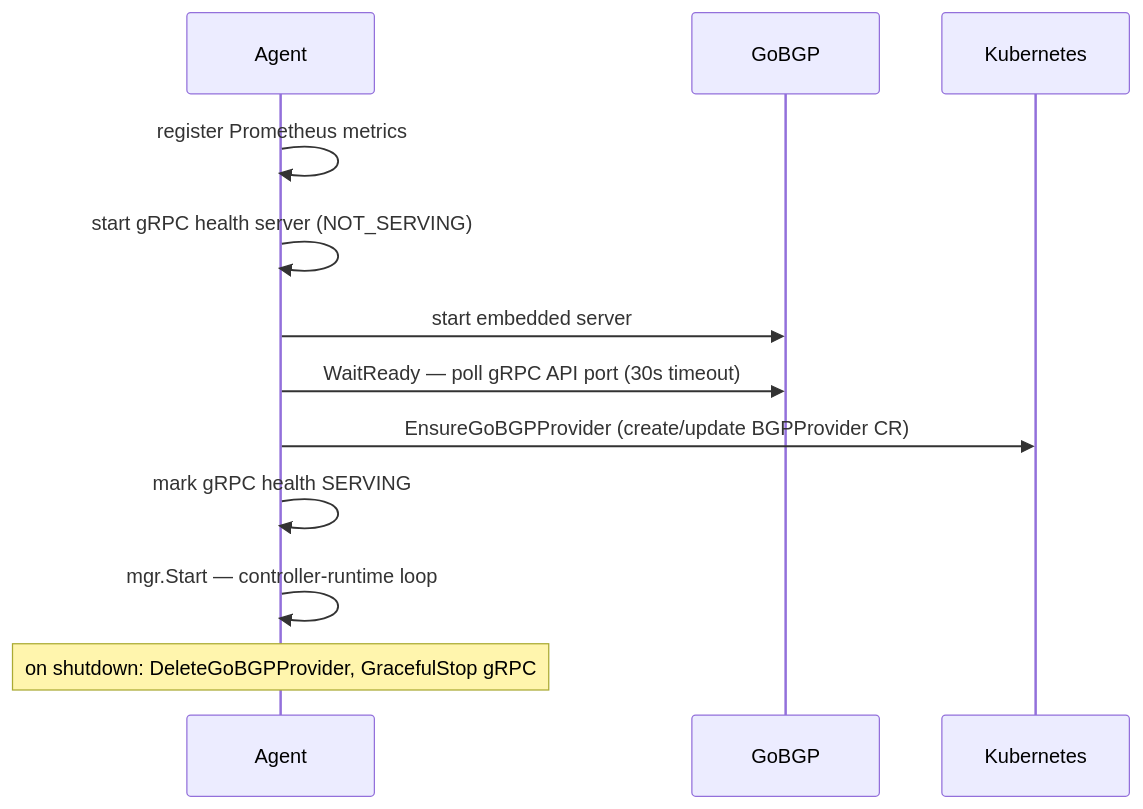
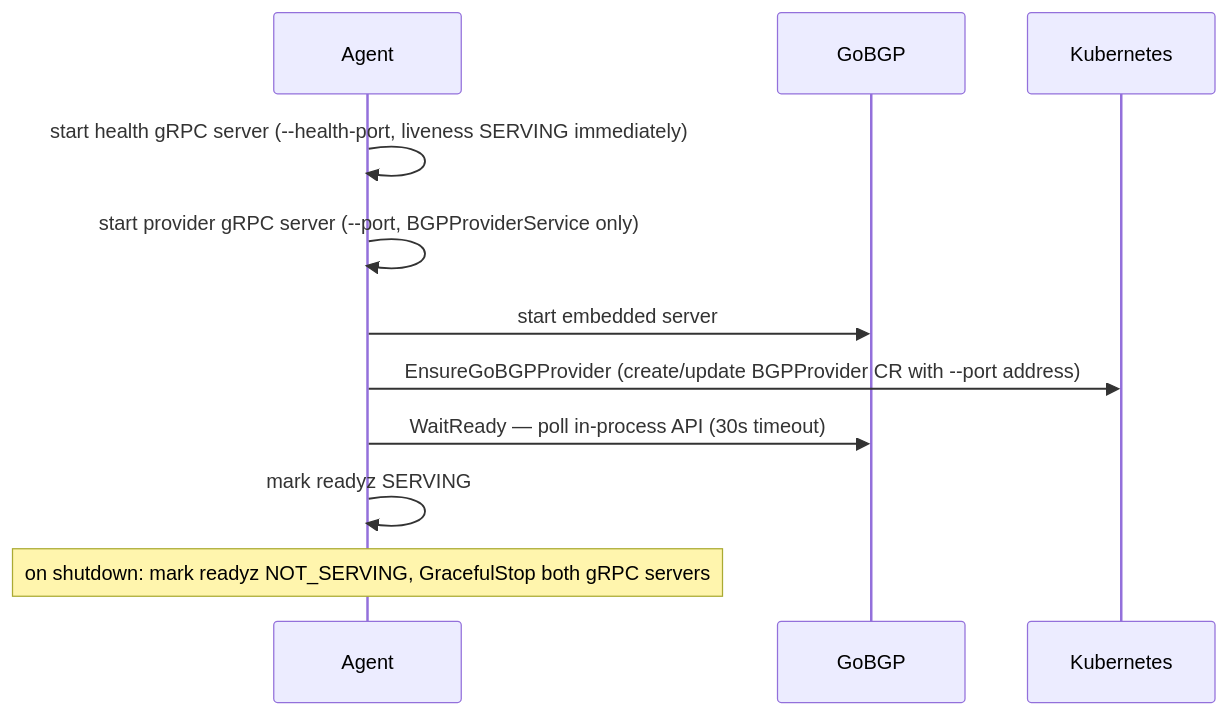
The diagram in docs/agent-startup.md (datum-cloud/galactic), drawn with Mermaid before and after one commit. The commit also changed 19 other files, not shown here.

````diff
--- a/docs/agent-startup.md
+++ b/docs/agent-startup.md
@@ -3,15 +3,14 @@
 ```mermaid
 sequenceDiagram
     participant Agent
     participant GoBGP
     participant Kubernetes
 
-    Agent->>Agent: register Prometheus metrics
-    Agent->>Agent: start gRPC health server (NOT_SERVING)
+    Agent->>Agent: start health gRPC server (--health-port, liveness SERVING immediately)
+    Agent->>Agent: start provider gRPC server (--port, BGPProviderService only)
     Agent->>GoBGP: start embedded server
-    Agent->>GoBGP: WaitReady — poll gRPC API port (30s timeout)
-    Agent->>Kubernetes: EnsureGoBGPProvider (create/update BGPProvider CR)
-    Agent->>Agent: mark gRPC health SERVING
-    Agent->>Agent: mgr.Start — controller-runtime loop
-    Note over Agent: on shutdown: DeleteGoBGPProvider, GracefulStop gRPC
+    Agent->>Kubernetes: EnsureGoBGPProvider (create/update BGPProvider CR with --port address)
+    Agent->>GoBGP: WaitReady — poll in-process API (30s timeout)
+    Agent->>Agent: mark readyz SERVING
+    Note over Agent: on shutdown: mark readyz NOT_SERVING, GracefulStop both gRPC servers
 ```
````
